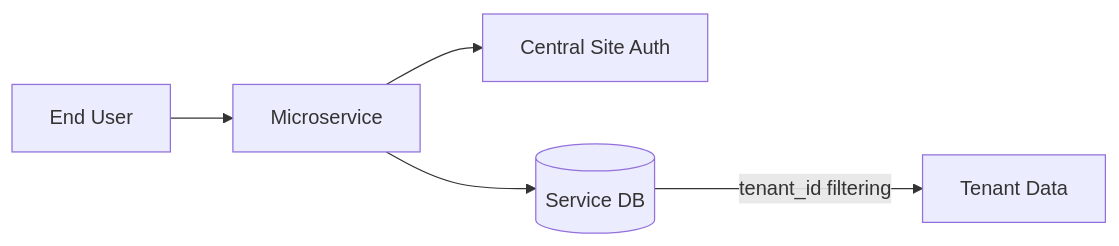
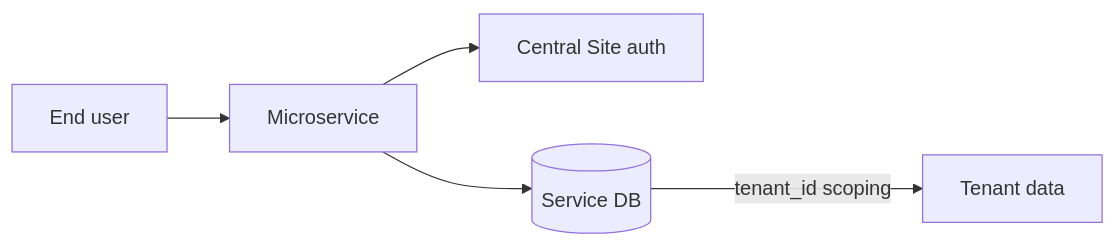
Before and after one commit to vyogotech/erpnext-microservices-lib: the second of 2 diagrams in docs/architecture.md, drawn with Mermaid. The commit also changed other lines of this file and 11 other files, not shown here.

````diff
--- a/docs/architecture.md
+++ b/docs/architecture.md
@@ -127,7 +153,7 @@
 ```mermaid
 graph LR
-    User[End User] --> MS[Microservice]
-    MS --> Auth[Central Site Auth]
+    User[End user] --> MS[Microservice]
+    MS --> Auth[Central Site auth]
     MS --> DB[(Service DB)]
-    DB -- "tenant_id filtering" --> Data[Tenant Data]
+    DB -- "tenant_id scoping" --> Data[Tenant data]
 ```
````
